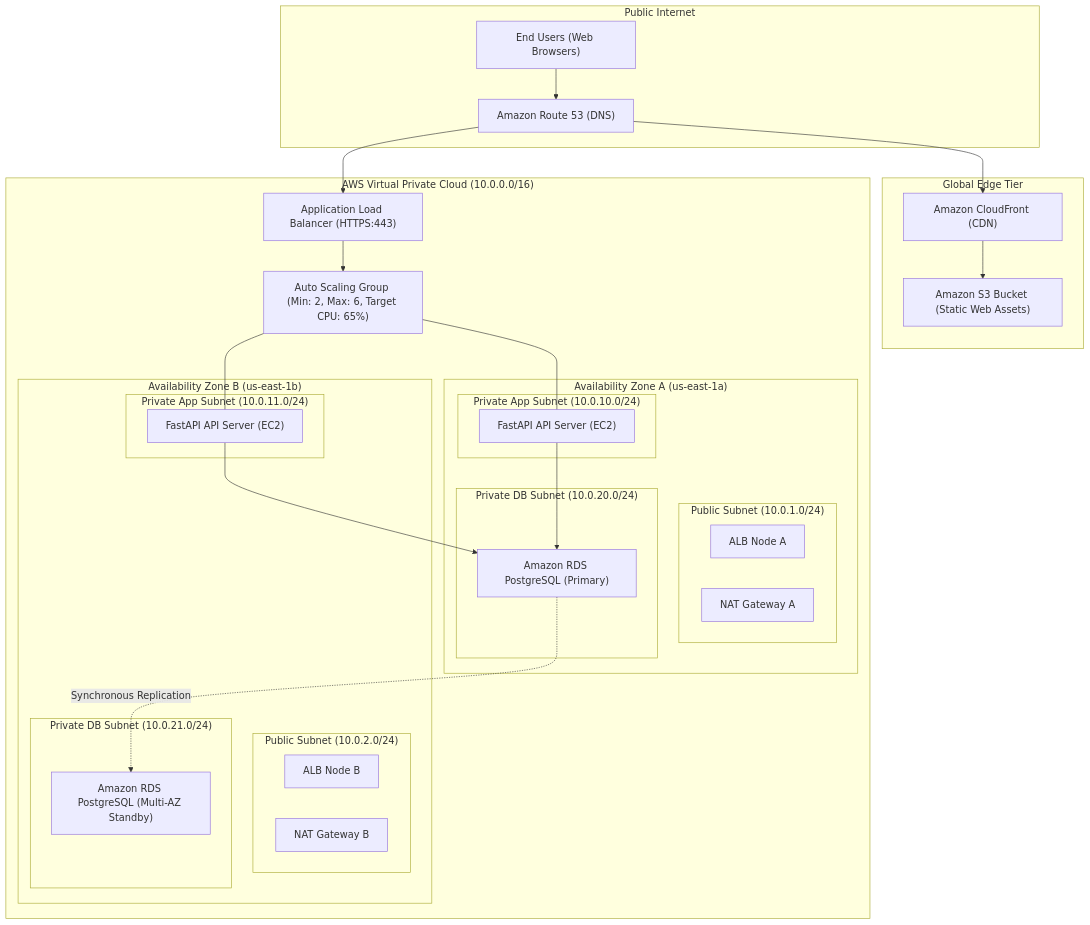
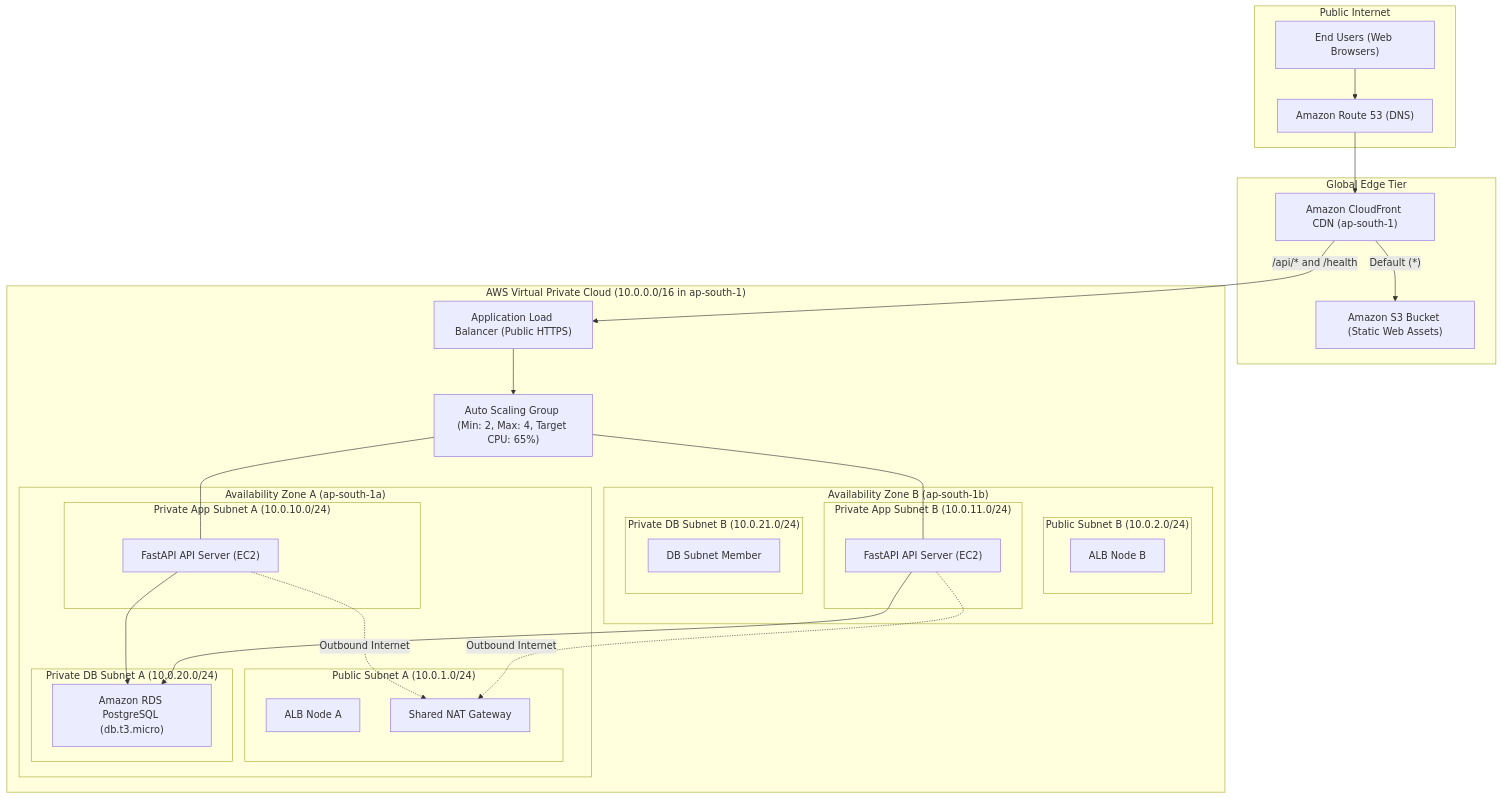
One commit to Leuizack77/Professional-Level-Cloud-Web-Application changed the first of 4 diagrams in docs/ARCHITECTURE.md. Above: the diagram before and after it, drawn with Mermaid. The commit also changed other lines of this file and 11 other files, not shown here.

````diff
--- a/docs/ARCHITECTURE.md
+++ b/docs/ARCHITECTURE.md
@@ -7,54 +13,54 @@
 ```mermaid
 flowchart TD
     subgraph Internet ["Public Internet"]
         Users["End Users (Web Browsers)"]
         Route53["Amazon Route 53 (DNS)"]
     end
 
     subgraph Edge ["Global Edge Tier"]
-        CloudFront["Amazon CloudFront (CDN)"]
+        CloudFront["Amazon CloudFront CDN (ap-south-1)"]
         S3["Amazon S3 Bucket (Static Web Assets)"]
     end
 
-    subgraph AWS_VPC ["AWS Virtual Private Cloud (10.0.0.0/16)"]
-        subgraph AZ_A ["Availability Zone A (us-east-1a)"]
-            subgraph Public_Subnet_A ["Public Subnet (10.0.1.0/24)"]
+    subgraph AWS_VPC ["AWS Virtual Private Cloud (10.0.0.0/16 in ap-south-1)"]
+        subgraph AZ_A ["Availability Zone A (ap-south-1a)"]
+            subgraph Public_Subnet_A ["Public Subnet A (10.0.1.0/24)"]
                 ALB_A["ALB Node A"]
-                NAT_A["NAT Gateway A"]
+                NAT_A["Shared NAT Gateway"]
             end
-            subgraph Private_App_Subnet_A ["Private App Subnet (10.0.10.0/24)"]
+            subgraph Private_App_Subnet_A ["Private App Subnet A (10.0.10.0/24)"]
                 EC2_A["FastAPI API Server (EC2)"]
             end
-            subgraph Private_DB_Subnet_A ["Private DB Subnet (10.0.20.0/24)"]
-                RDS_Primary["Amazon RDS PostgreSQL (Primary)"]
+            subgraph Private_DB_Subnet_A ["Private DB Subnet A (10.0.20.0/24)"]
+                RDS_Primary["Amazon RDS PostgreSQL (db.t3.micro)"]
             end
         end
 
-        subgraph AZ_B ["Availability Zone B (us-east-1b)"]
-            subgraph Public_Subnet_B ["Public Subnet (10.0.2.0/24)"]
+        subgraph AZ_B ["Availability Zone B (ap-south-1b)"]
+            subgraph Public_Subnet_B ["Public Subnet B (10.0.2.0/24)"]
                 ALB_B["ALB Node B"]
-                NAT_B["NAT Gateway B"]
             end
-            subgraph Private_App_Subnet_B ["Private App Subnet (10.0.11.0/24)"]
+            subgraph Private_App_Subnet_B ["Private App Subnet B (10.0.11.0/24)"]
                 EC2_B["FastAPI API Server (EC2)"]
             end
-            subgraph Private_DB_Subnet_B ["Private DB Subnet (10.0.21.0/24)"]
-                RDS_Standby["Amazon RDS PostgreSQL (Multi-AZ Standby)"]
+            subgraph Private_DB_Subnet_B ["Private DB Subnet B (10.0.21.0/24)"]
+                RDS_Subnet_B["DB Subnet Member"]
             end
         end
 
-        ASG["Auto Scaling Group (Min: 2, Max: 6, Target CPU: 65%)"]
-        ALB["Application Load Balancer (HTTPS:443)"]
+        ASG["Auto Scaling Group (Min: 2, Max: 4, Target CPU: 65%)"]
+        ALB["Application Load Balancer (Public HTTPS)"]
     end
 
     Users --> Route53
     Route53 --> CloudFront
-    Route53 --> ALB
-    CloudFront --> S3
+    CloudFront -- "Default (*)" --> S3
+    CloudFront -- "/api/* and /health" --> ALB
     ALB --> ASG
     ASG --- EC2_A
     ASG --- EC2_B
     EC2_A --> RDS_Primary
     EC2_B --> RDS_Primary
-    RDS_Primary -. Synchronous Replication .-> RDS_Standby
+    EC2_A -. Outbound Internet .-> NAT_A
+    EC2_B -. Outbound Internet .-> NAT_A
 ```
````
